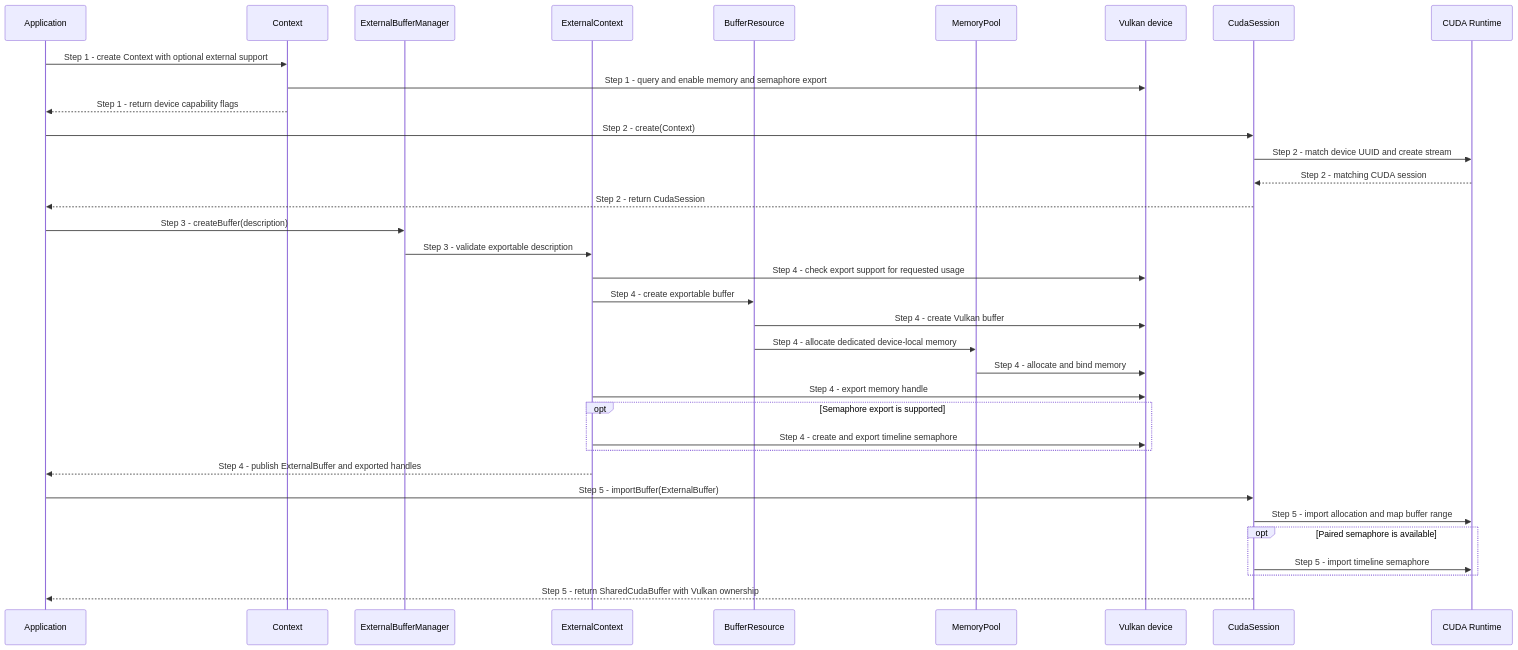
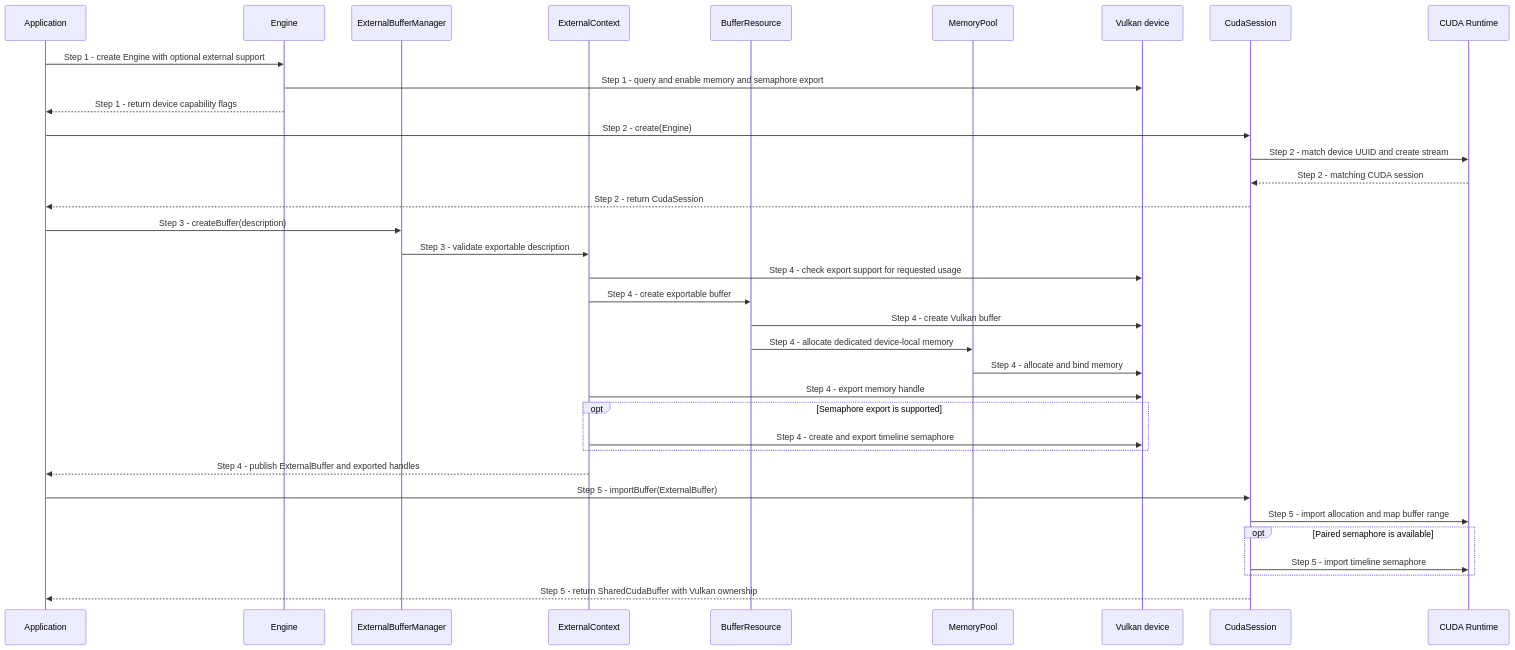
Before and after one commit to a-soltysik/Panda: the diagram in docs/use-cases/create-external-buffer.md, drawn with Mermaid. The commit also changed other lines of this file and 158 other files, not shown here.

Commit message:
Refactor Vulkan Context API to Engine (#120)

````diff
--- a/docs/use-cases/create-external-buffer.md
+++ b/docs/use-cases/create-external-buffer.md
@@ -45,37 +45,37 @@
 ```mermaid
 sequenceDiagram
     participant A as Application
-    participant C as Context
+    participant C as Engine
     participant X as ExternalBufferManager
     participant E as ExternalContext
     participant B as BufferResource
     participant M as MemoryPool
     participant V as Vulkan device
     participant S as CudaSession
     participant R as CUDA Runtime
-    A->>C: Step 1 - create Context with optional external support
+    A->>C: Step 1 - create Engine with optional external support
     C->>V: Step 1 - query and enable memory and semaphore export
     C-->>A: Step 1 - return device capability flags
-    A->>S: Step 2 - create(Context)
+    A->>S: Step 2 - create(Engine)
     S->>R: Step 2 - match device UUID and create stream
     R-->>S: Step 2 - matching CUDA session
     S-->>A: Step 2 - return CudaSession
     A->>X: Step 3 - createBuffer(description)
     X->>E: Step 3 - validate exportable description
     E->>V: Step 4 - check export support for requested usage
     E->>B: Step 4 - create exportable buffer
     B->>V: Step 4 - create Vulkan buffer
     B->>M: Step 4 - allocate dedicated device-local memory
     M->>V: Step 4 - allocate and bind memory
     E->>V: Step 4 - export memory handle
     opt Semaphore export is supported
         E->>V: Step 4 - create and export timeline semaphore
     end
     E-->>A: Step 4 - publish ExternalBuffer and exported handles
     A->>S: Step 5 - importBuffer(ExternalBuffer)
     S->>R: Step 5 - import allocation and map buffer range
     opt Paired semaphore is available
         S->>R: Step 5 - import timeline semaphore
     end
     S-->>A: Step 5 - return SharedCudaBuffer with Vulkan ownership
 ```
````
